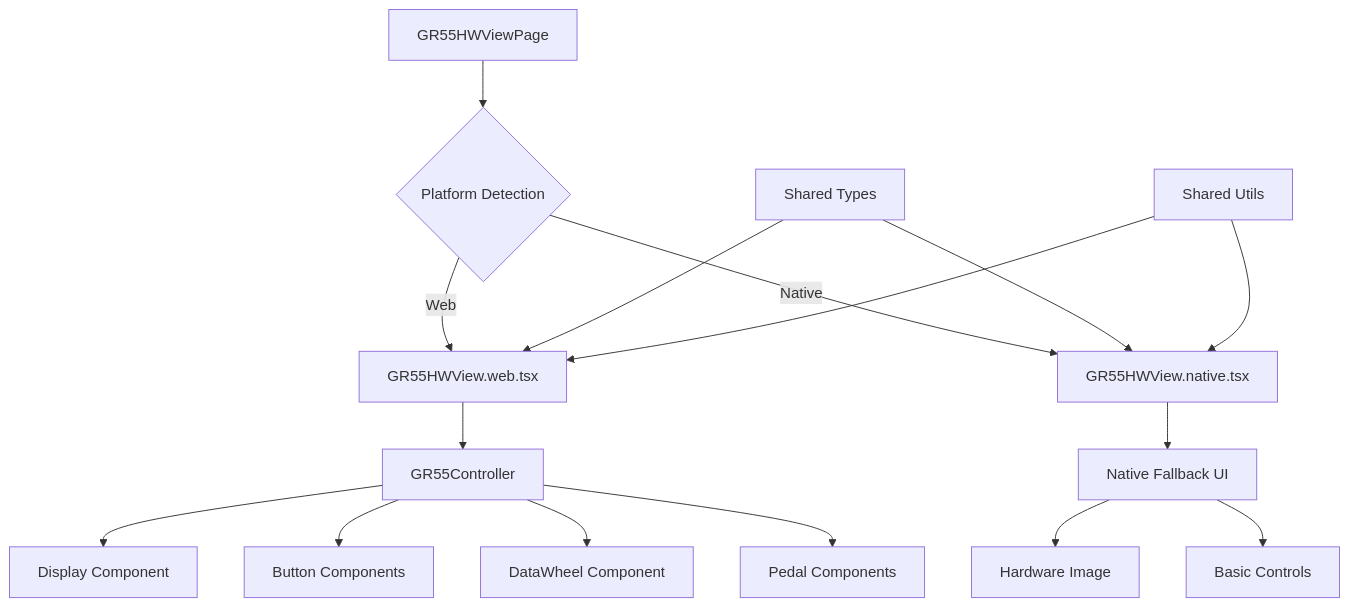
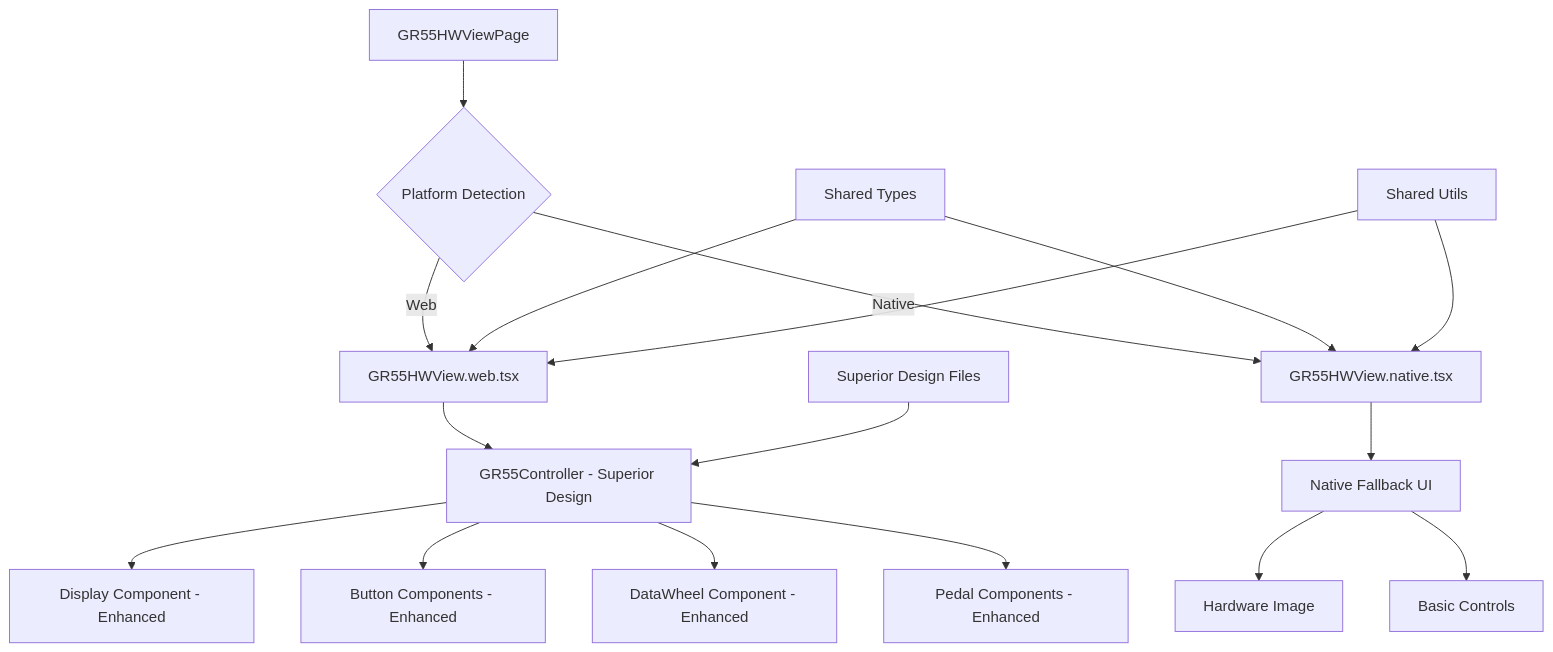
One commit to CASouthEast/gr55-remote-main changed the diagram in .kiro/specs/gr55-hardware-view-integration/design.md. Above: the diagram before and after it, drawn with Mermaid. The commit also changed other lines of this file and 6 other files, not shown here.

````diff
--- a/.kiro/specs/gr55-hardware-view-integration/design.md
+++ b/.kiro/specs/gr55-hardware-view-integration/design.md
@@ -15,21 +15,22 @@
 ```mermaid
 graph TD
     A[GR55HWViewPage] --> B{Platform Detection}
     B -->|Web| C[GR55HWView.web.tsx]
     B -->|Native| D[GR55HWView.native.tsx]
 
-    C --> E[GR55Controller]
-    E --> F[Display Component]
-    E --> G[Button Components]
-    E --> H[DataWheel Component]
-    E --> I[Pedal Components]
+    C --> E[GR55Controller - Superior Design]
+    E --> F[Display Component - Enhanced]
+    E --> G[Button Components - Enhanced]
+    E --> H[DataWheel Component - Enhanced]
+    E --> I[Pedal Components - Enhanced]
 
     D --> J[Native Fallback UI]
     J --> K[Hardware Image]
     J --> L[Basic Controls]
 
     M[Shared Types] --> C
     M --> D
     N[Shared Utils] --> C
     N --> D
+    O[Superior Design Files] --> E
 ```
````
